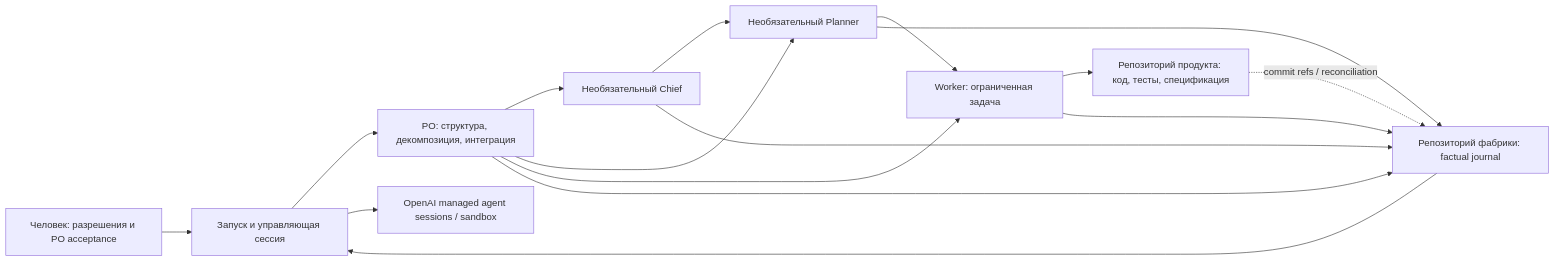
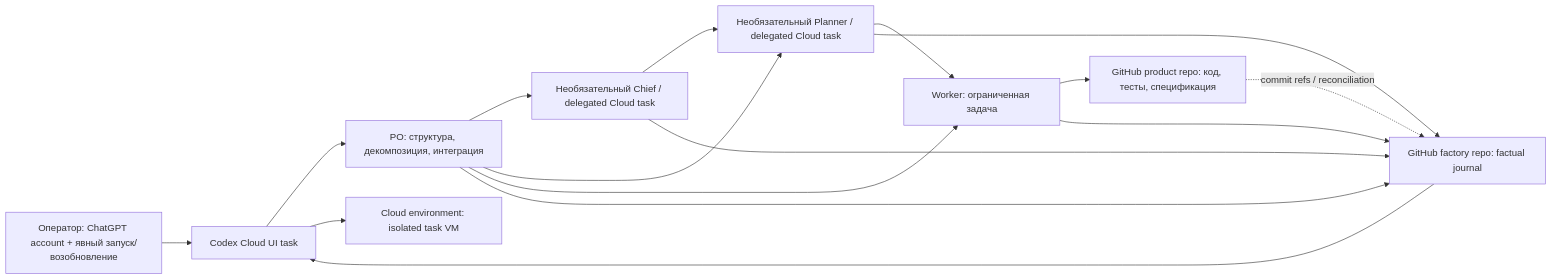
Before and after one commit to fishr-flash/ai-factory-expirement: the first of 2 diagrams in docs/superpowers/specs/2026-10-18-ai-factory-design.md, drawn with Mermaid. The commit also changed other lines of this file and 2 other files, not shown here.

Commit message:
Перевести проект AI Factory на Codex Cloud

````diff
--- a/docs/superpowers/specs/2026-10-18-ai-factory-design.md
+++ b/docs/superpowers/specs/2026-10-18-ai-factory-design.md
@@ -16,18 +18,18 @@
 ```mermaid
 flowchart LR
-  H[Человек: разрешения и PO acceptance] --> R[Запуск и управляющая сессия]
+  H[Оператор: ChatGPT account + явный запуск/возобновление] --> R[Codex Cloud UI task]
   R --> P[PO: структура, декомпозиция, интеграция]
-  P --> C[Необязательный Chief]
-  P --> L[Необязательный Planner]
+  P --> C[Необязательный Chief / delegated Cloud task]
+  P --> L[Необязательный Planner / delegated Cloud task]
   C --> L
   L --> W[Worker: ограниченная задача]
   P --> W
-  W --> PR[Репозиторий продукта: код, тесты, спецификация]
-  W --> FR[Репозиторий фабрики: factual journal]
+  W --> PR[GitHub product repo: код, тесты, спецификация]
+  W --> FR[GitHub factory repo: factual journal]
   P --> FR
   C --> FR
   L --> FR
   PR -. commit refs / reconciliation .-> FR
   FR --> R
-  R --> O[OpenAI managed agent sessions / sandbox]
+  R --> O[Cloud environment: isolated task VM]
 ```
````
